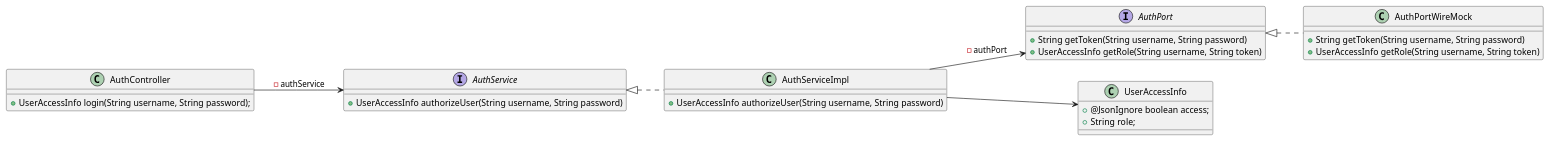
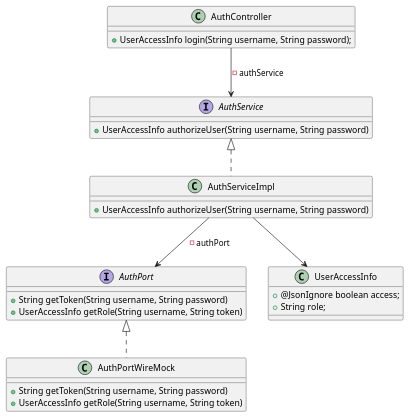
One commit to AIM-ENE-feb25/triptop-groep-b5 changed the diagram in week2/les3/pressure-cooker/4-klassen-totaal.puml. Above: the diagram before and after it, drawn with PlantUML. The commit also changed 1 other file, not shown here.

```diff
--- a/week2/les3/pressure-cooker/4-klassen-totaal.puml
+++ b/week2/les3/pressure-cooker/4-klassen-totaal.puml
@@ -1,40 +1,40 @@
 @startuml
-left to right direction
+'left to right direction
 
 class AuthController {
     +UserAccessInfo login(String username, String password);
 }
 
 interface AuthService {
     +UserAccessInfo authorizeUser(String username, String password)
 }
 
 AuthController --> AuthService: -authService
 
 class AuthServiceImpl {
     +UserAccessInfo authorizeUser(String username, String password)
 }
 AuthService <|.. AuthServiceImpl
 
 interface AuthPort {
     +String getToken(String username, String password)
     +UserAccessInfo getRole(String username, String token)
 }
 
 AuthServiceImpl --> AuthPort: -authPort
 
 class AuthPortWireMock {
     +String getToken(String username, String password)
     +UserAccessInfo getRole(String username, String token)
 }
 
 AuthPort <|.. AuthPortWireMock
 
 class UserAccessInfo {
     +@JsonIgnore boolean access;
     +String role;
 }
 
 AuthServiceImpl --> UserAccessInfo
 
 @enduml
```
